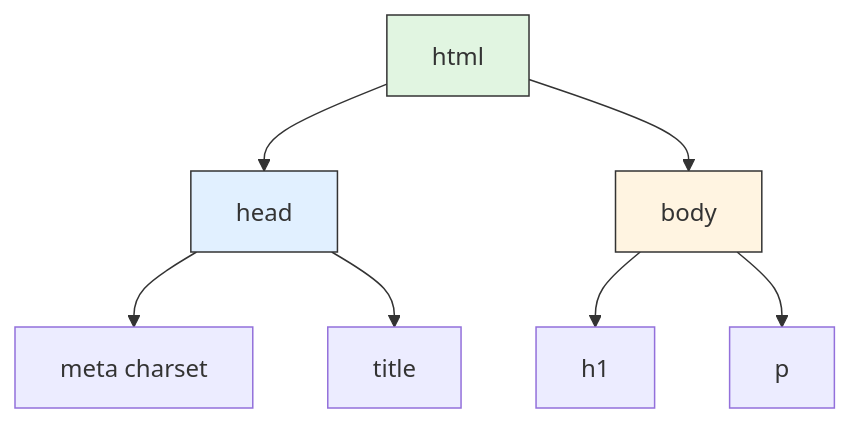
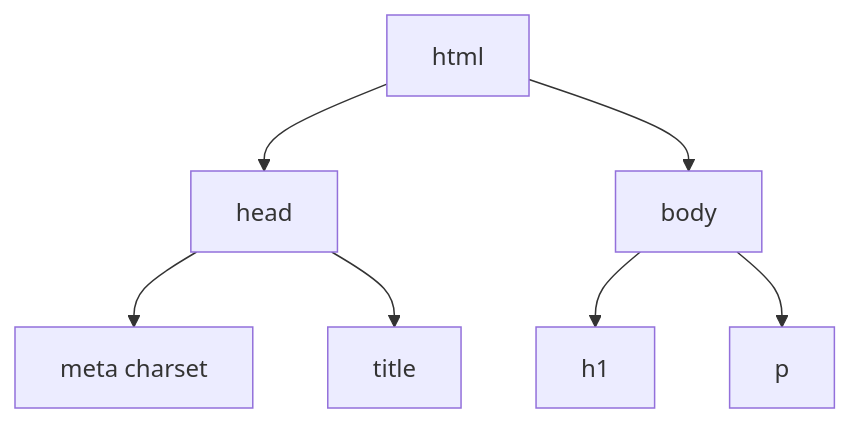
The first of 4 diagrams in docs/dev-cloud/lang/html/01-introduction.md (zyrass/omnydocs), drawn with Mermaid before and after one commit. The commit also changed other lines of this file and 765 other files, not shown here.

````diff
--- a/docs/dev-cloud/lang/html/01-introduction.md
+++ b/docs/dev-cloud/lang/html/01-introduction.md
@@ -119,13 +131,9 @@
 ```mermaid
-graph TD
+flowchart TD
     HTML[html] --> HEAD[head]
     HTML --> BODY[body]
     HEAD --> META[meta charset]
     HEAD --> TITLE[title]
     BODY --> H1[h1]
     BODY --> P[p]
-
-    style HTML fill:#e1f5e1,stroke:#333
-    style HEAD fill:#e1f0ff,stroke:#333
-    style BODY fill:#fff4e1,stroke:#333
 ```
````
